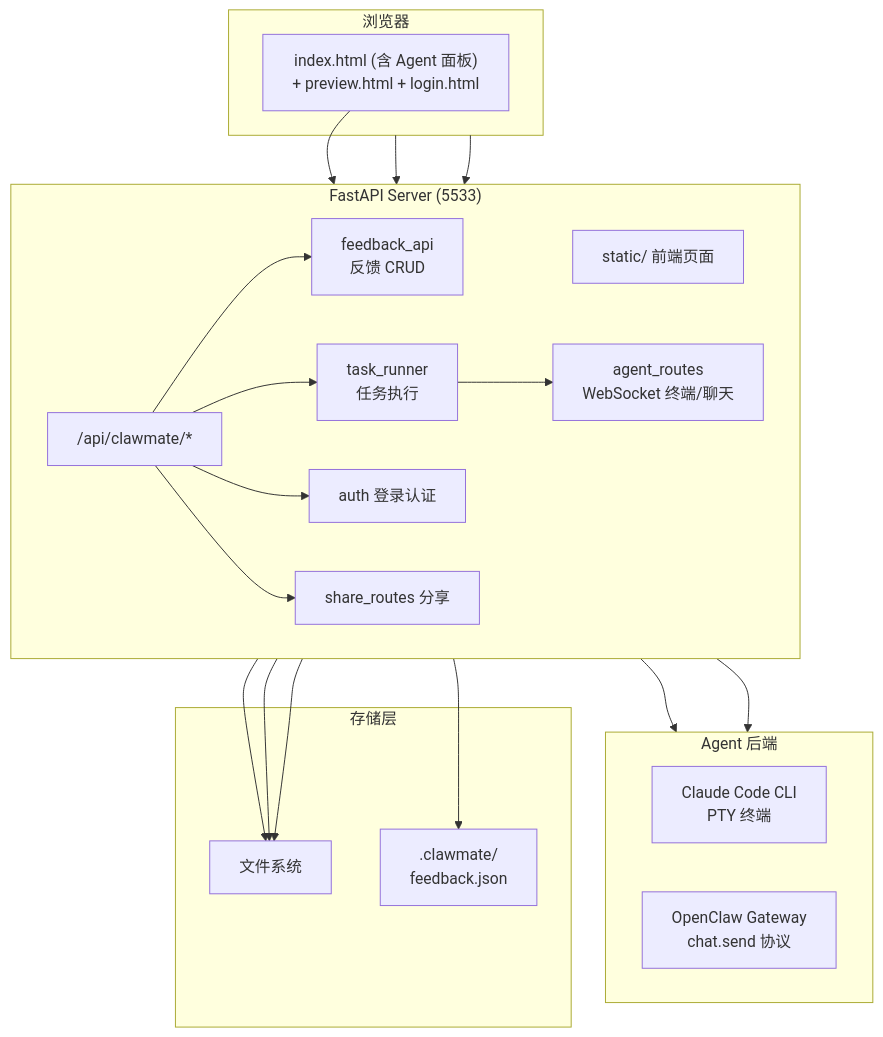
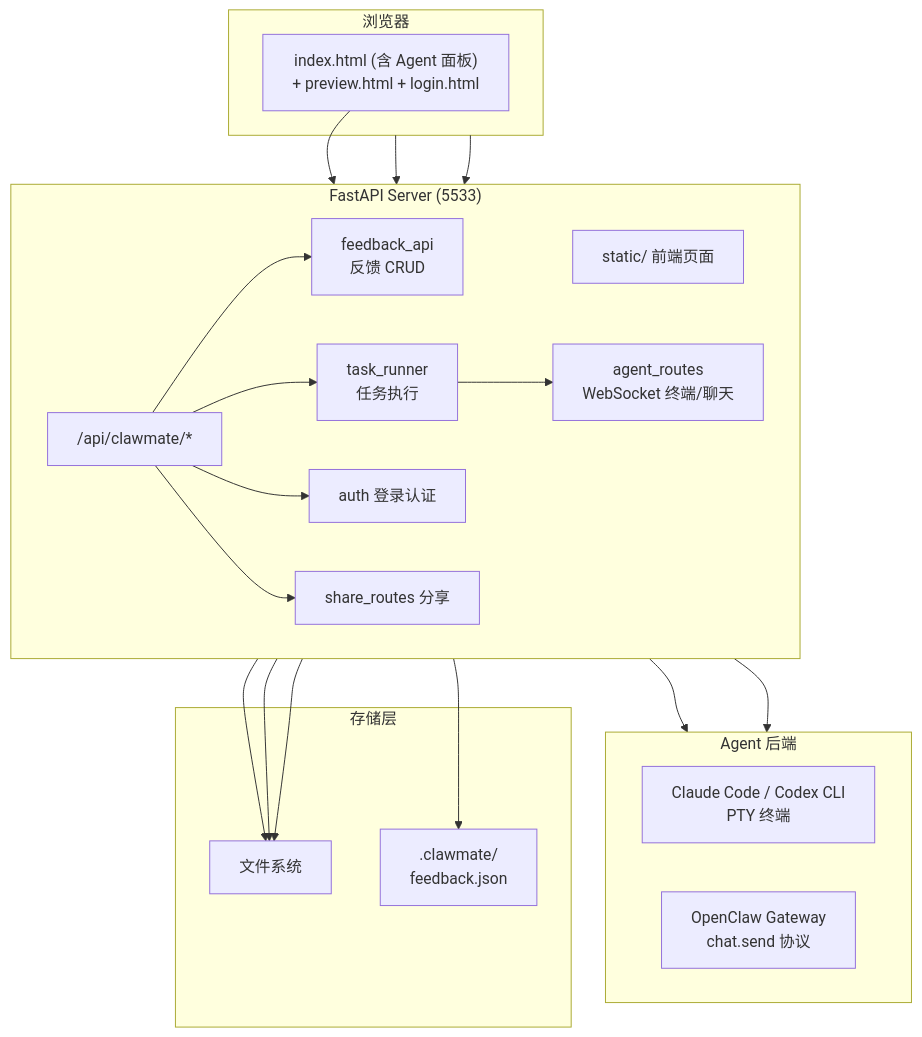
The third of 3 diagrams in README.md (updatedb/clawmate), drawn with Mermaid before and after one commit. The commit also changed other lines of this file and 18 other files, not shown here.

````diff
--- a/README.md
+++ b/README.md
@@ -276,52 +302,52 @@
 ```mermaid
 flowchart TB
     subgraph Browser["浏览器"]
         UI["index.html (含 Agent 面板)
 + preview.html + login.html"]
     end
 
     subgraph Server["FastAPI Server (5533)"]
         direction LR
         STATIC["static/ 前端页面"]
         API["/api/clawmate/*"]
         AGENT_WS["agent_routes
 WebSocket 终端/聊天"]
         FEEDBACK["feedback_api
 反馈 CRUD"]
         TASK["task_runner
 任务执行"]
         AUTH["auth 登录认证"]
         SHARE["share_routes 分享"]
     end
 
     subgraph Backend["Agent 后端"]
         direction LR
-        CLAUDE["Claude Code CLI
+        CLAUDE["Claude Code / Codex CLI
 PTY 终端"]
         OC_GW["OpenClaw Gateway
 chat.send 协议"]
     end
 
     subgraph Storage["存储层"]
         FS["文件系统"]
         FB_JSON[".clawmate/
 feedback.json"]
     end
 
     UI --> STATIC
     Browser --> API
     Browser --> AGENT_WS
     AGENT_WS --> CLAUDE
     AGENT_WS --> OC_GW
 
     API --> FEEDBACK
     API --> TASK
     API --> AUTH
     API --> SHARE
     API --> FS
 
     FEEDBACK --> FB_JSON
     TASK --> FS
     TASK --> AGENT_WS
     SHARE --> FS
 ```
````
